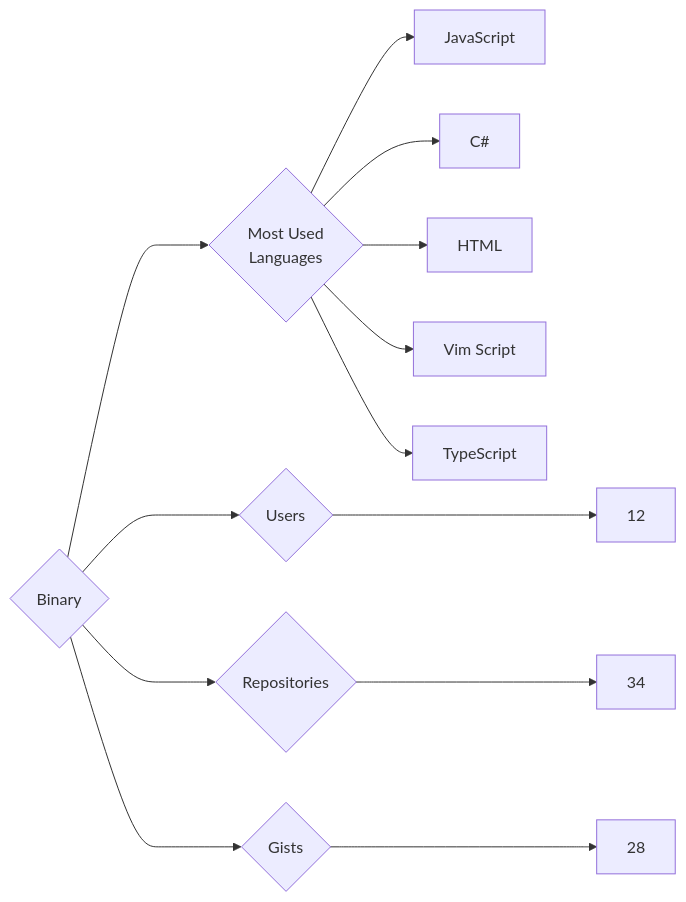
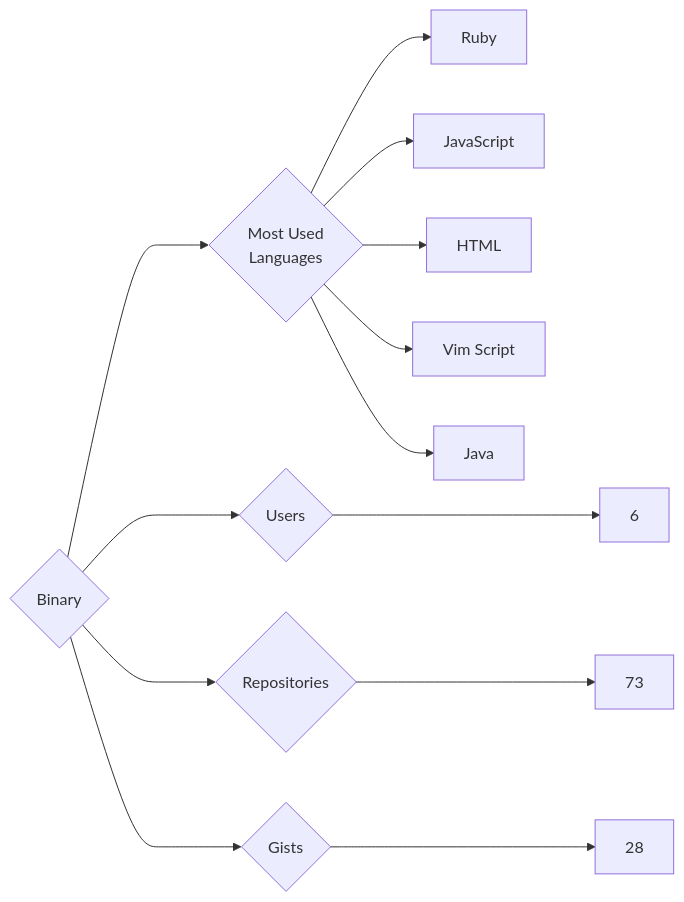
The diagram in targets/Binary/README.md (trickest/insiders), drawn with Mermaid before and after one commit. The commit also changed 1088 other files, not shown here.

````diff
--- a/targets/Binary/README.md
+++ b/targets/Binary/README.md
@@ -3,13 +3,13 @@
 ```mermaid
 graph LR
 COMPANY_NAME{Binary}
-COMPANY_NAME ---> U{Users} ---> UN[12]
-COMPANY_NAME ---> R{Repositories} ---> RN[34]
+COMPANY_NAME ---> U{Users} ---> UN[6]
+COMPANY_NAME ---> R{Repositories} ---> RN[73]
 COMPANY_NAME ---> G{Gists} ---> GN[28]
 COMPANY_NAME ---> ML{Most Used<br>Languages}
+ML --> Ruby[Ruby]
 ML --> JavaScript[JavaScript]
-ML --> C#[C#]
 ML --> HTML[HTML]
 ML --> Vim_Script[Vim Script]
-ML --> TypeScript[TypeScript]
+ML --> Java[Java]
 ```
````
